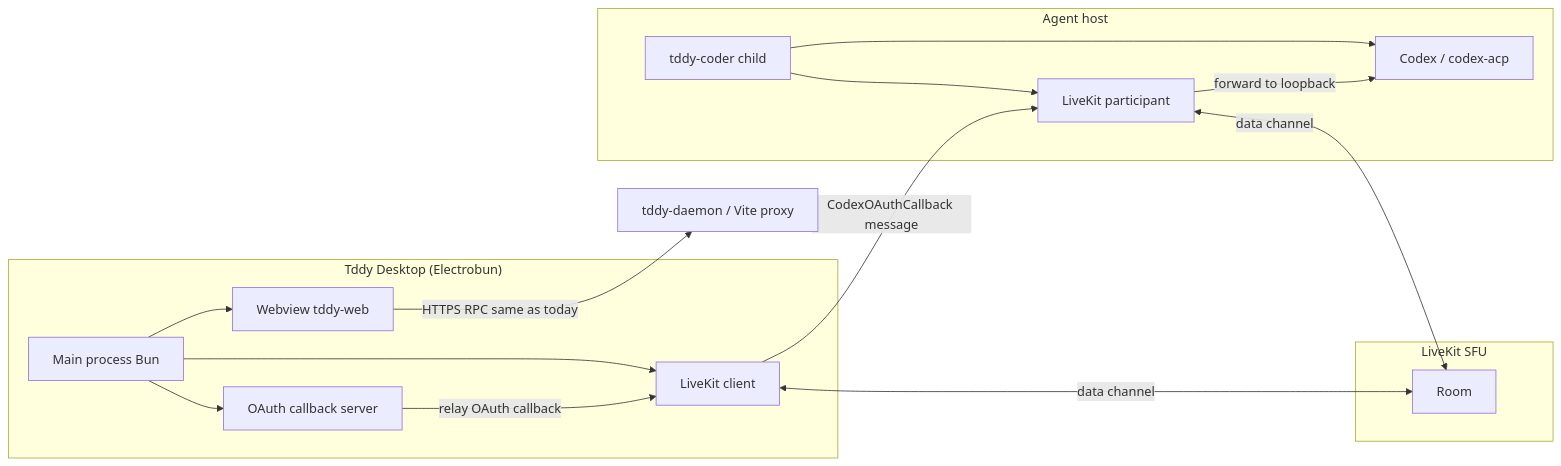
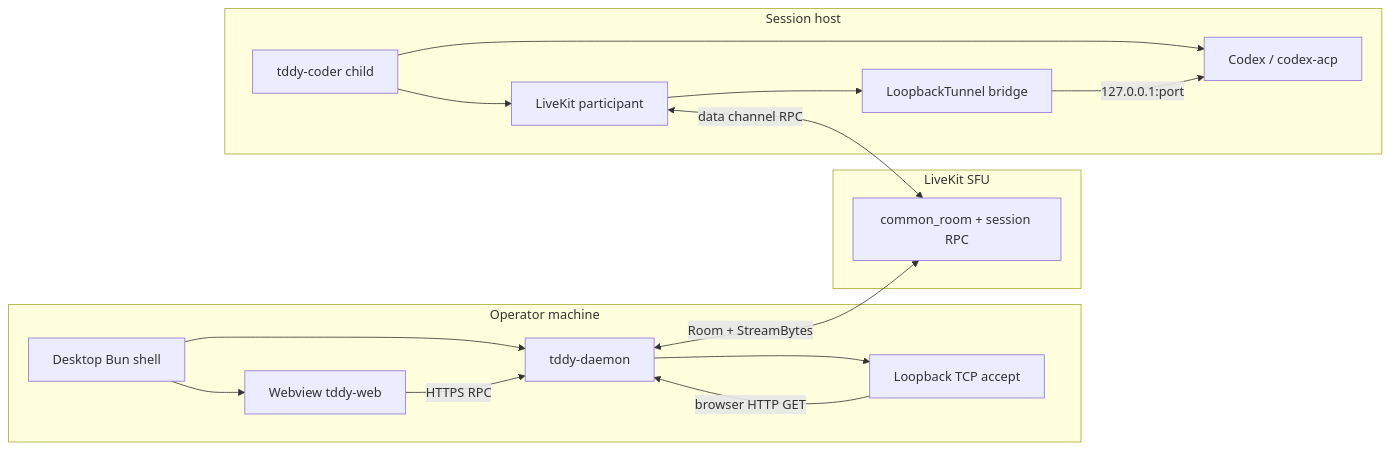
One commit to uppin/tddy-coder changed the diagram in docs/ft/desktop/tddy-desktop-electrobun.md. Above: the diagram before and after it, drawn with Mermaid. The commit also changed other lines of this file and 85 other files, not shown here.

Commit message:
feat(livekit): OAuth callback as loopback TCP tunnel (StreamBytes) (#175)

````diff
--- a/docs/ft/desktop/tddy-desktop-electrobun.md
+++ b/docs/ft/desktop/tddy-desktop-electrobun.md
@@ -38,28 +40,29 @@
 ```mermaid
 flowchart LR
-  subgraph desktop["Tddy Desktop (Electrobun)"]
-    MP[Main process Bun]
+  subgraph desktop["Operator machine"]
+    MP[Desktop Bun shell]
     WV[Webview tddy-web]
-    CB[OAuth callback server]
-    LK_C[LiveKit client]
+    DMN[tddy-daemon]
+    TCP[Loopback TCP accept]
     MP --> WV
-    MP --> CB
-    MP --> LK_C
+    MP --> DMN
+    DMN --> TCP
   end
   subgraph cloud["LiveKit SFU"]
-    ROOM[Room]
+    ROOM[common_room + session RPC]
   end
-  subgraph agent["Agent host"]
+  subgraph agent["Session host"]
     TC[tddy-coder child]
     CX[Codex / codex-acp]
     LK_S[LiveKit participant]
+    BR[LoopbackTunnel bridge]
     TC --> CX
     TC --> LK_S
+    LK_S --> BR
+    BR -->|127.0.0.1:port| CX
   end
-  WV -->|HTTPS RPC same as today| DMN[tddy-daemon / Vite proxy]
-  LK_S <-->|data channel| ROOM
-  LK_C <-->|data channel| ROOM
-  CB -->|relay OAuth callback| LK_C
-  LK_C -->|CodexOAuthCallback message| LK_S
-  LK_S -->|forward to loopback| CX
+  WV -->|HTTPS RPC| DMN
+  DMN <-->|Room + StreamBytes| ROOM
+  LK_S <-->|data channel RPC| ROOM
+  TCP -->|browser HTTP GET| DMN
 ```
````
